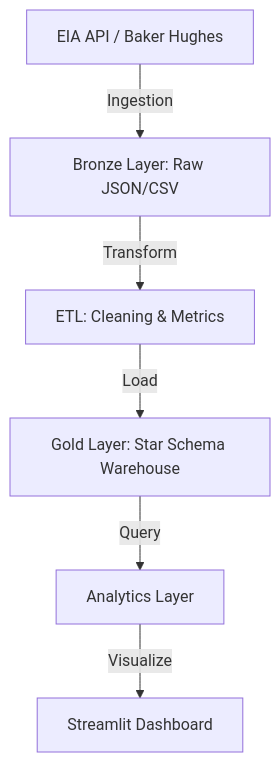
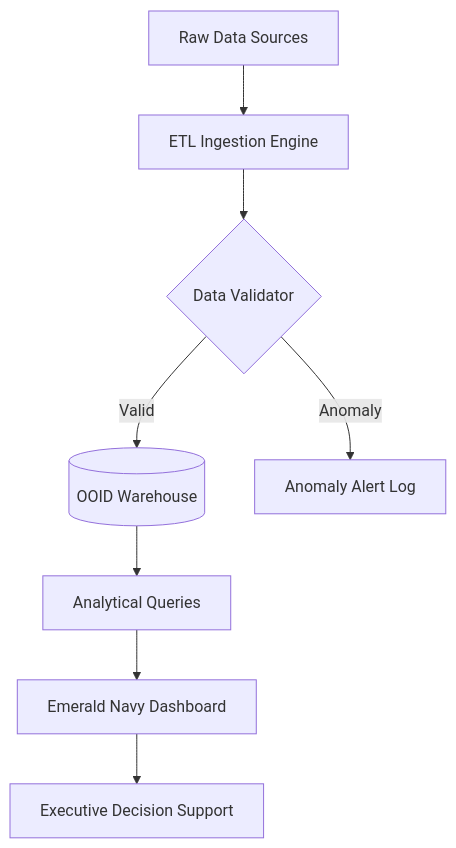
The diagram in oilfield-ops-intelligence/README.md (PushkarPrabhath27/OOID_OpsIntelligence), drawn with Mermaid before and after one commit. The commit also changed other lines of this file and 12 other files, not shown here.

````diff
--- a/oilfield-ops-intelligence/README.md
+++ b/oilfield-ops-intelligence/README.md
@@ -11,8 +35,10 @@
 ```mermaid
 graph TD
-    A[EIA API / Baker Hughes] -->|Ingestion| B[Bronze Layer: Raw JSON/CSV]
-    B -->|Transform| C[ETL: Cleaning & Metrics]
-    C -->|Load| D[Gold Layer: Star Schema Warehouse]
-    D -->|Query| E[Analytics Layer]
-    E -->|Visualize| F[Streamlit Dashboard]
+    A[Raw Data Sources] --> B[ETL Ingestion Engine]
+    B --> C{Data Validator}
+    C -- Valid --> D[(OOID Warehouse)]
+    C -- Anomaly --> E[Anomaly Alert Log]
+    D --> F[Analytical Queries]
+    F --> G[Emerald Navy Dashboard]
+    G --> H[Executive Decision Support]
 ```
````
